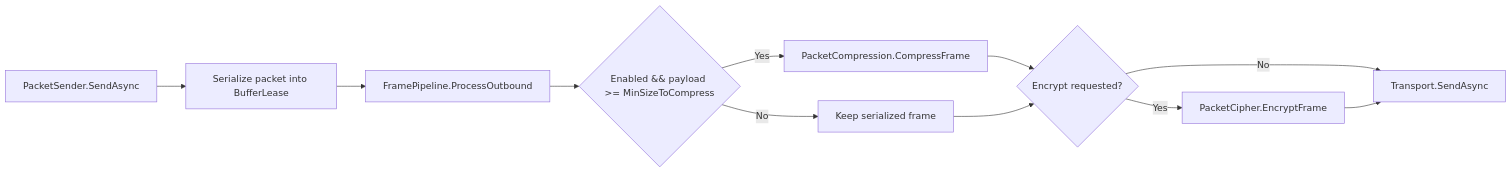
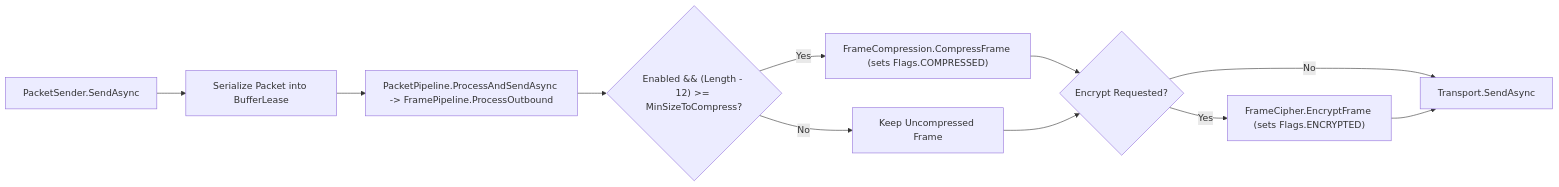
One commit to ppn-systems/nalix-docs changed the diagram in src/content/docs/en-us/api/options/network/compression-options.md. Above: the diagram before and after it, drawn with Mermaid. The commit also changed other lines of this file and 180 other files, not shown here.

````diff
--- a/src/content/docs/en-us/api/options/network/compression-options.md
+++ b/src/content/docs/en-us/api/options/network/compression-options.md
@@ -46,13 +35,13 @@
 ```mermaid
 flowchart LR
-    A["PacketSender.SendAsync"] --> B["Serialize packet into BufferLease"]
-    B --> C["FramePipeline.ProcessOutbound"]
-    C --> D{"Enabled && payload >= MinSizeToCompress"}
-    D -->|Yes| E["PacketCompression.CompressFrame"]
-    D -->|No| F["Keep serialized frame"]
-    E --> G{"Encrypt requested?"}
+    A["PacketSender.SendAsync"] --> B["Serialize Packet into BufferLease"]
+    B --> C["PacketPipeline.ProcessAndSendAsync -> FramePipeline.ProcessOutbound"]
+    C --> D{"Enabled && (Length - 12) >= MinSizeToCompress?"}
+    D -->|Yes| E["FrameCompression.CompressFrame (sets Flags.COMPRESSED)"]
+    D -->|No| F["Keep Uncompressed Frame"]
+    E --> G{"Encrypt Requested?"}
     F --> G
-    G -->|Yes| H["PacketCipher.EncryptFrame"]
+    G -->|Yes| H["FrameCipher.EncryptFrame (sets Flags.ENCRYPTED)"]
     G -->|No| I["Transport.SendAsync"]
     H --> I
 ```
````
